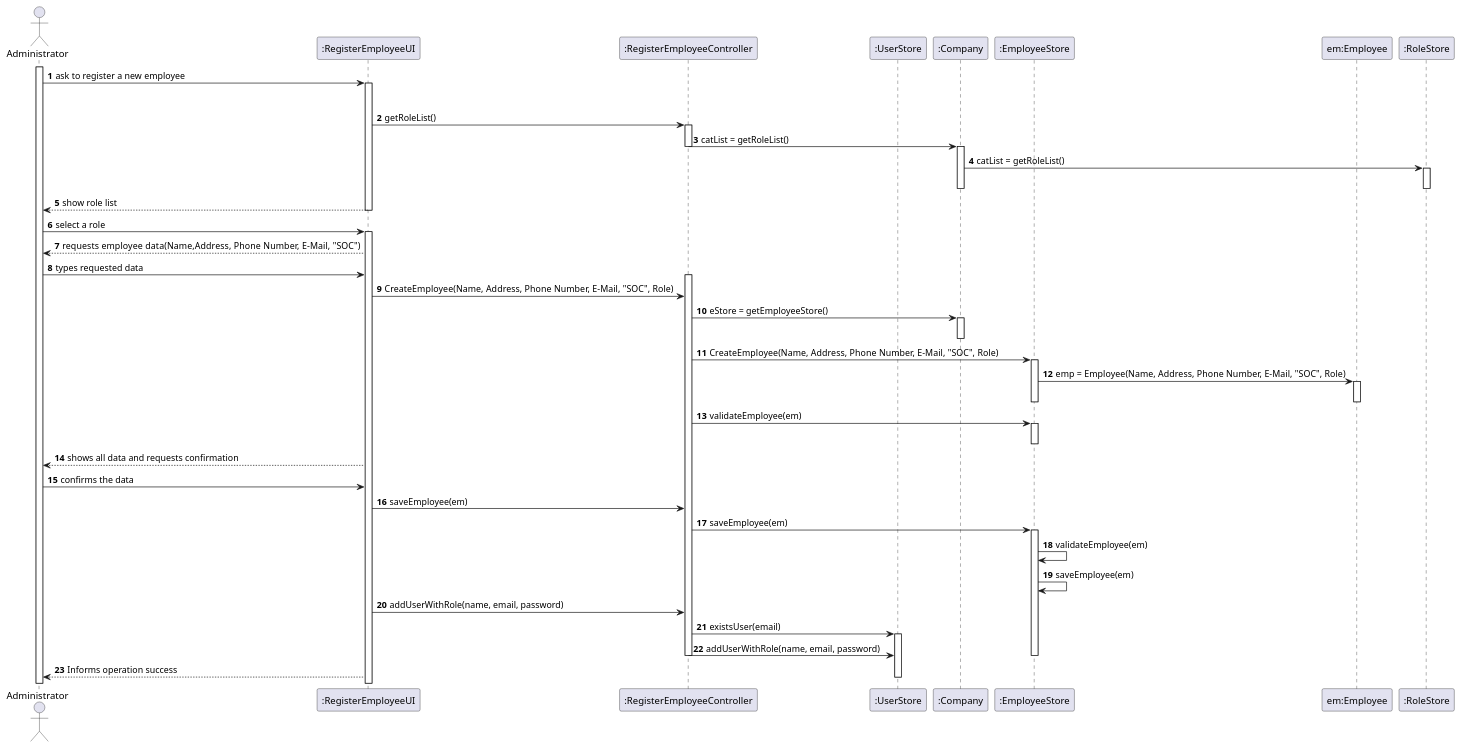
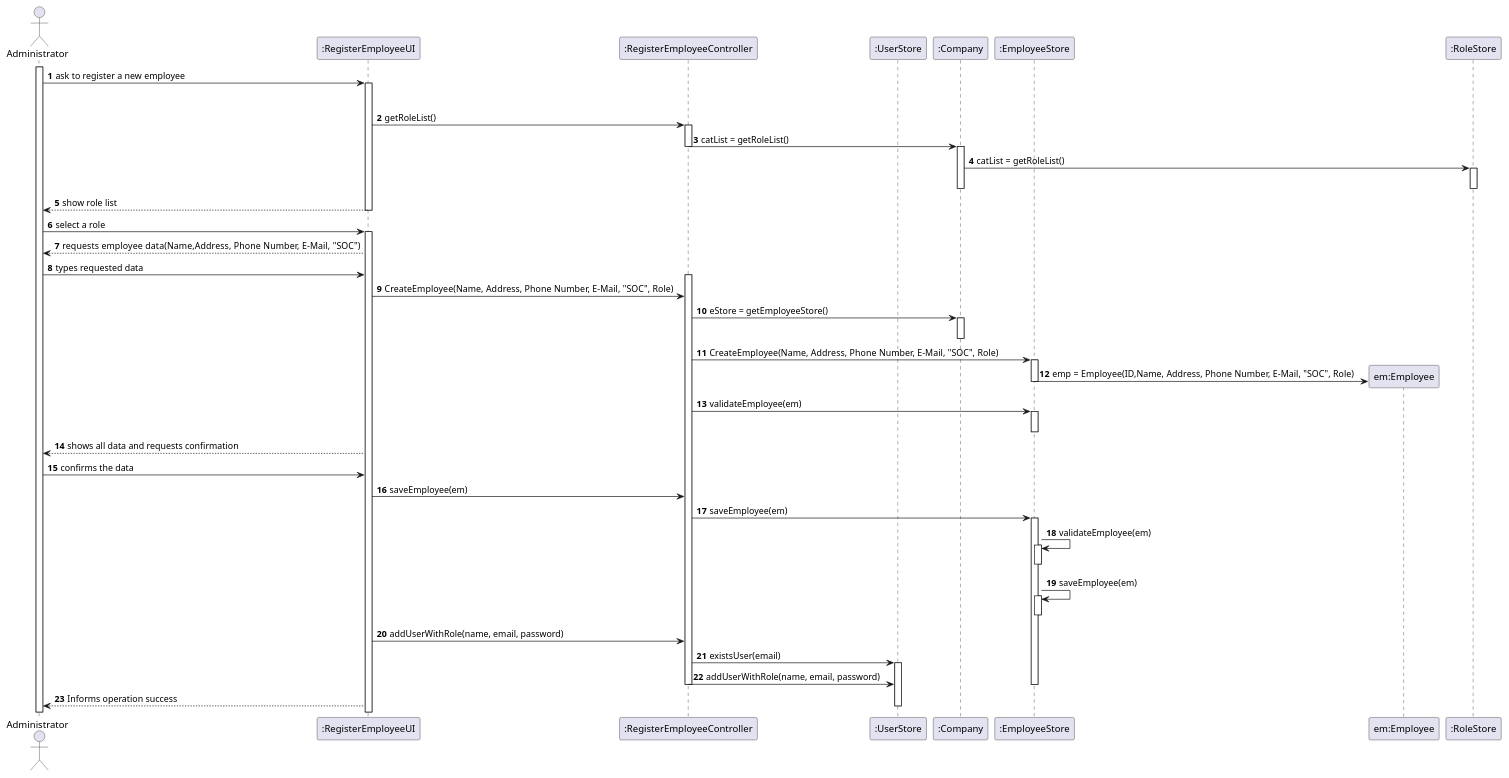
Before and after one commit to MarianaCLages/LAPR2: the diagram in docs/SprintB/US7/US7_SD.puml, drawn with PlantUML. The commit also changed 8 other files, not shown here.

```diff
--- a/docs/SprintB/US7/US7_SD.puml
+++ b/docs/SprintB/US7/US7_SD.puml
@@ -1,148 +1,151 @@
 @startuml
 'https://plantuml.com/sequence-diagram
 autonumber
 actor Administrator as A
 participant ":RegisterEmployeeUI" as UI
 participant ":RegisterEmployeeController" as CTRL
 'participant ":AuthFacade" as Auth
 'participant ":UserSession" as User
 participant ":UserStore" as UserStore
 participant ":Company" as COMPANY
 participant ":EmployeeStore" as EmployeeStore
 participant "em:Employee" as Employee
 participant ":RoleStore" as RoleStore
 
 
 
 activate A
 
 A -> UI: ask to register a new employee
 activate UI
 
 /' -------- Login --------
 
 UI -> CTRL : doLogin(email,password)
 activate CTRL
 CTRL -> Auth: doLogin(email,password)
 activate Auth
 CTRL -> Auth: getCurrentSession()
 deactivate Auth
 CTRL -> User: UserSession(User user)
 activate User
 deactivate User
 deactivate CTRL
 '/
 
 
 
 deactivate CTRL
 
 UI -> CTRL : getRoleList()
 
 activate CTRL
 CTRL -> COMPANY : catList = getRoleList()
 deactivate CTRL
 activate COMPANY
 
 
 
 
 COMPANY -> RoleStore  : catList = getRoleList()
 
 activate RoleStore
 deactivate RoleStore
 deactivate COMPANY
 
 UI --> A: show role list
 deactivate UI
 A -> UI: select a role
 activate UI
 
 UI --> A :requests employee data(Name,Address,  Phone Number, E-Mail,  "SOC")
 
 A -> UI : types requested data
 activate CTRL
 
 
 
 
 
 UI -> CTRL : CreateEmployee(Name, Address, Phone Number, E-Mail,  "SOC", Role)
 CTRL -> COMPANY : eStore = getEmployeeStore()
 
 activate COMPANY
 deactivate COMPANY
 
 CTRL -> EmployeeStore: CreateEmployee(Name, Address, Phone Number, E-Mail,  "SOC", Role)
 
 activate EmployeeStore
 
-EmployeeStore -> Employee : emp = Employee(Name, Address, Phone Number, E-Mail,  "SOC", Role)
+EmployeeStore -> Employee **: emp = Employee(ID,Name, Address, Phone Number, E-Mail,  "SOC", Role)
 
-activate Employee
-deactivate Employee
+
 deactivate EmployeeStore
 
 
 
 
 
 CTRL -> EmployeeStore: validateEmployee(em)
+
 activate EmployeeStore
 deactivate EmployeeStore
 
 
 
 UI --> A : shows all data and requests confirmation
 
 A -> UI : confirms the data
 
 UI-> CTRL : saveEmployee(em)
 
 CTRL -> EmployeeStore : saveEmployee(em)
 activate EmployeeStore
 EmployeeStore -> EmployeeStore : validateEmployee(em)
+activate EmployeeStore
+deactivate EmployeeStore
 
 EmployeeStore -> EmployeeStore : saveEmployee(em)
-
+activate EmployeeStore
+deactivate EmployeeStore
 
 
 
 
 
 ' -------- Register --------
 
 UI -> CTRL : addUserWithRole(name, email, password)
 
 
 
 CTRL -> UserStore: existsUser(email)
 activate UserStore
 CTRL -> UserStore: addUserWithRole(name, email, password)
 
 
 
 
 
 
 
 
 ' -------- Register --------
 
 deactivate EmployeeStore
 
 
 
 
 
 deactivate CTRL
 UI --> A : Informs operation success
 
 
 
 deactivate UserStore
 
 
 
 
 @enduml
```
